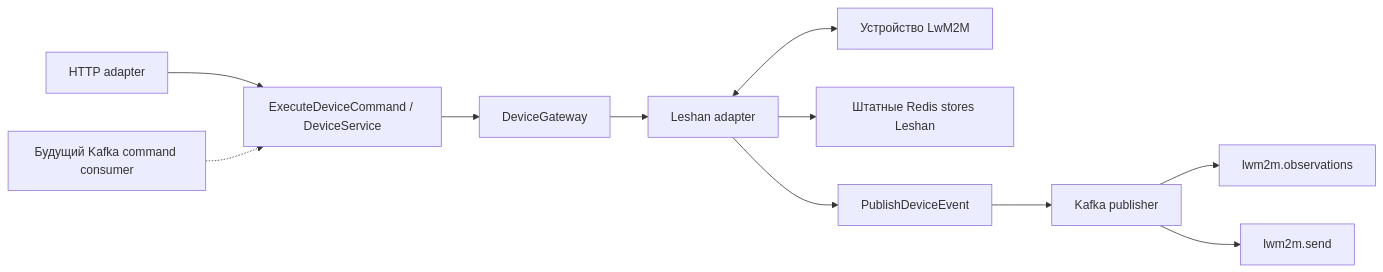
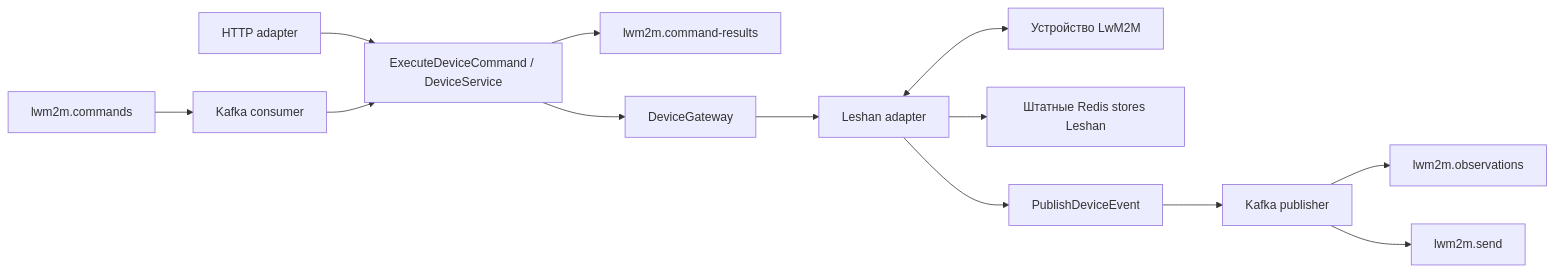
The diagram in leshan-spring-kotlin/README.md (velmatovvv/leshan), drawn with Mermaid before and after one commit. The commit also changed other lines of this file and 16 other files, not shown here.

First line of the commit message:
Add Kafka command fan-out with early commits and bounded concurrency

````diff
--- a/leshan-spring-kotlin/README.md
+++ b/leshan-spring-kotlin/README.md
@@ -12,13 +12,15 @@
 ```mermaid
 flowchart LR
   HTTP[HTTP adapter] --> UC[ExecuteDeviceCommand / DeviceService]
-  Future[Будущий Kafka command consumer] -.-> UC
+  Commands[lwm2m.commands] --> Consumer[Kafka consumer]
+  Consumer --> UC
+  UC --> Results[lwm2m.command-results]
   UC --> Port[DeviceGateway]
   Port --> Leshan[Leshan adapter]
   Leshan <--> Device[Устройство LwM2M]
   Leshan --> Redis[Штатные Redis stores Leshan]
   Leshan --> Events[PublishDeviceEvent]
   Events --> Publisher[Kafka publisher]
   Publisher --> Observe[lwm2m.observations]
   Publisher --> Send[lwm2m.send]
 ```
````
